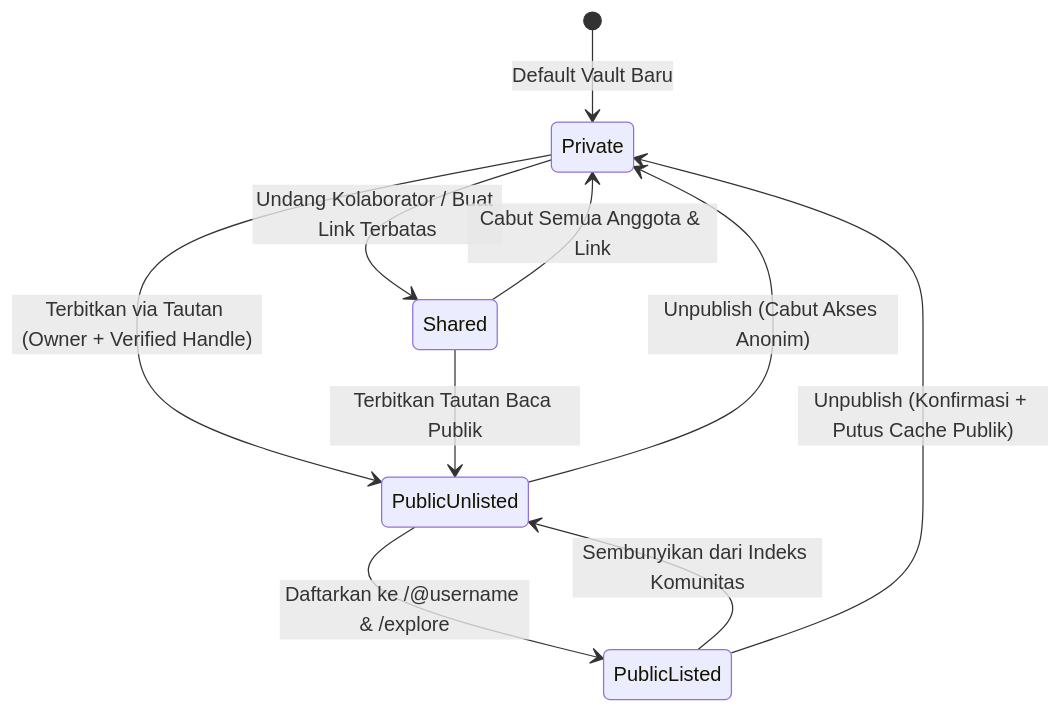
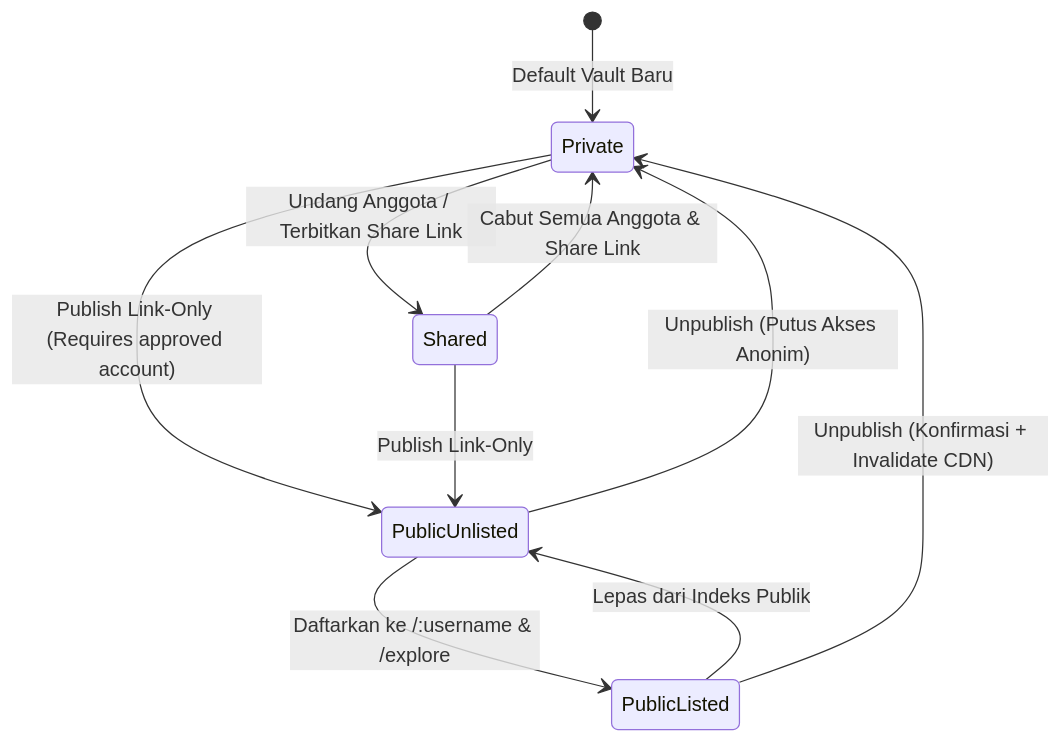
Before and after one commit to mjd-code/obmap-meed: the third of 6 diagrams in docs/00-meta/00-0-master-blueprint.md, drawn with Mermaid. The commit also changed other lines of this file and 130 other files, not shown here.

````diff
--- a/docs/00-meta/00-0-master-blueprint.md
+++ b/docs/00-meta/00-0-master-blueprint.md
@@ -117,12 +142,12 @@
 ```mermaid
 stateDiagram-v2
     [*] --> Private: Default Vault Baru
-    Private --> Shared: Undang Kolaborator / Buat Link Terbatas
-    Shared --> Private: Cabut Semua Anggota & Link
-    Private --> PublicUnlisted: Terbitkan via Tautan (Owner + Verified Handle)
-    Shared --> PublicUnlisted: Terbitkan Tautan Baca Publik
-    PublicUnlisted --> PublicListed: Daftarkan ke /@username & /explore
-    PublicListed --> PublicUnlisted: Sembunyikan dari Indeks Komunitas
-    PublicListed --> Private: Unpublish (Konfirmasi + Putus Cache Publik)
-    PublicUnlisted --> Private: Unpublish (Cabut Akses Anonim)
+    Private --> Shared: Undang Anggota / Terbitkan Share Link
+    Shared --> Private: Cabut Semua Anggota & Share Link
+    Private --> PublicUnlisted: Publish Link-Only (Requires approved account)
+    Shared --> PublicUnlisted: Publish Link-Only
+    PublicUnlisted --> PublicListed: Daftarkan ke /:username & /explore
+    PublicListed --> PublicUnlisted: Lepas dari Indeks Publik
+    PublicListed --> Private: Unpublish (Konfirmasi + Invalidate CDN)
+    PublicUnlisted --> Private: Unpublish (Putus Akses Anonim)
 ```
````
